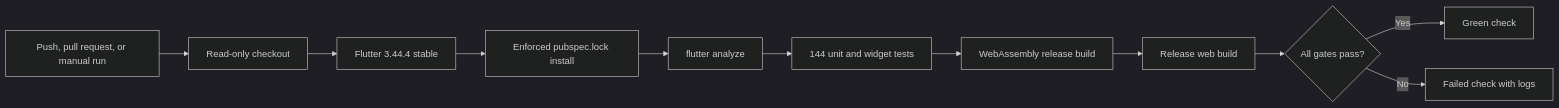
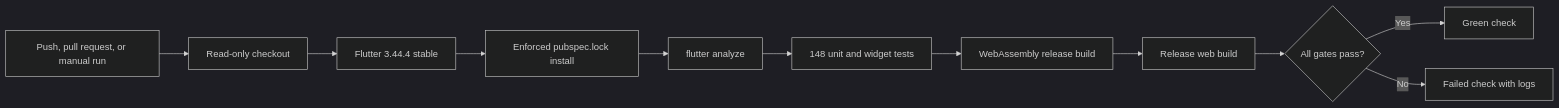
The diagram in docs/flutter-ci.md (Omatsulijoshua/CADPILOT-AI), drawn with Mermaid (dark theme) before and after one commit. The commit also changed 6 other files, not shown here.

````diff
--- a/docs/flutter-ci.md
+++ b/docs/flutter-ci.md
@@ -13,13 +13,13 @@
 ```mermaid
 flowchart LR
     Event["Push, pull request, or manual run"] --> Checkout["Read-only checkout"]
     Checkout --> SDK["Flutter 3.44.4 stable"]
     SDK --> Lock["Enforced pubspec.lock install"]
     Lock --> Analyze["flutter analyze"]
-    Analyze --> Tests["144 unit and widget tests"]
+    Analyze --> Tests["148 unit and widget tests"]
     Tests --> Wasm["WebAssembly release build"]
     Wasm --> Web["Release web build"]
     Web --> Result{"All gates pass?"}
     Result -- "Yes" --> Green["Green check"]
     Result -- "No" --> Logs["Failed check with logs"]
 ```
````
